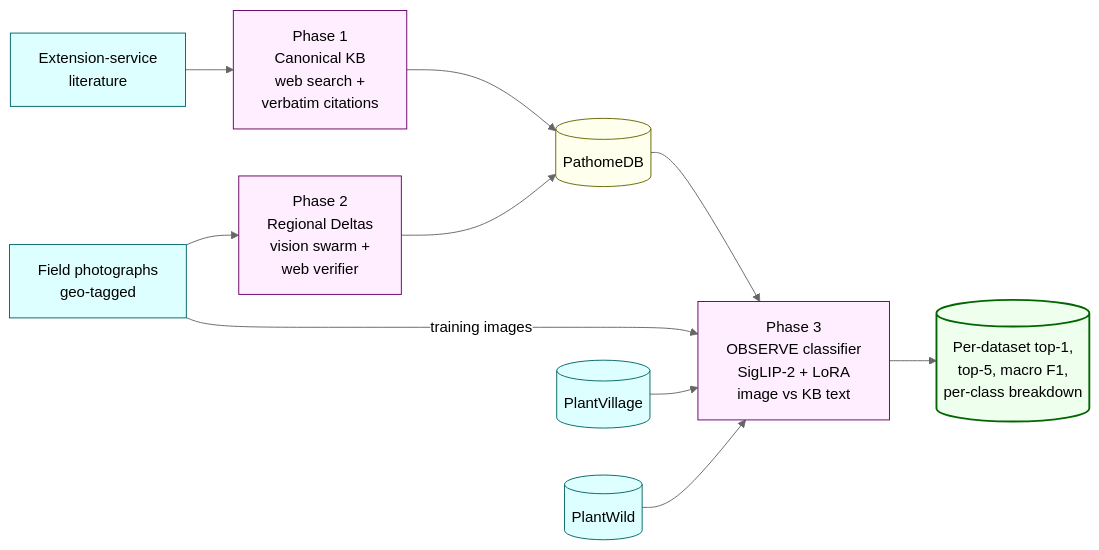
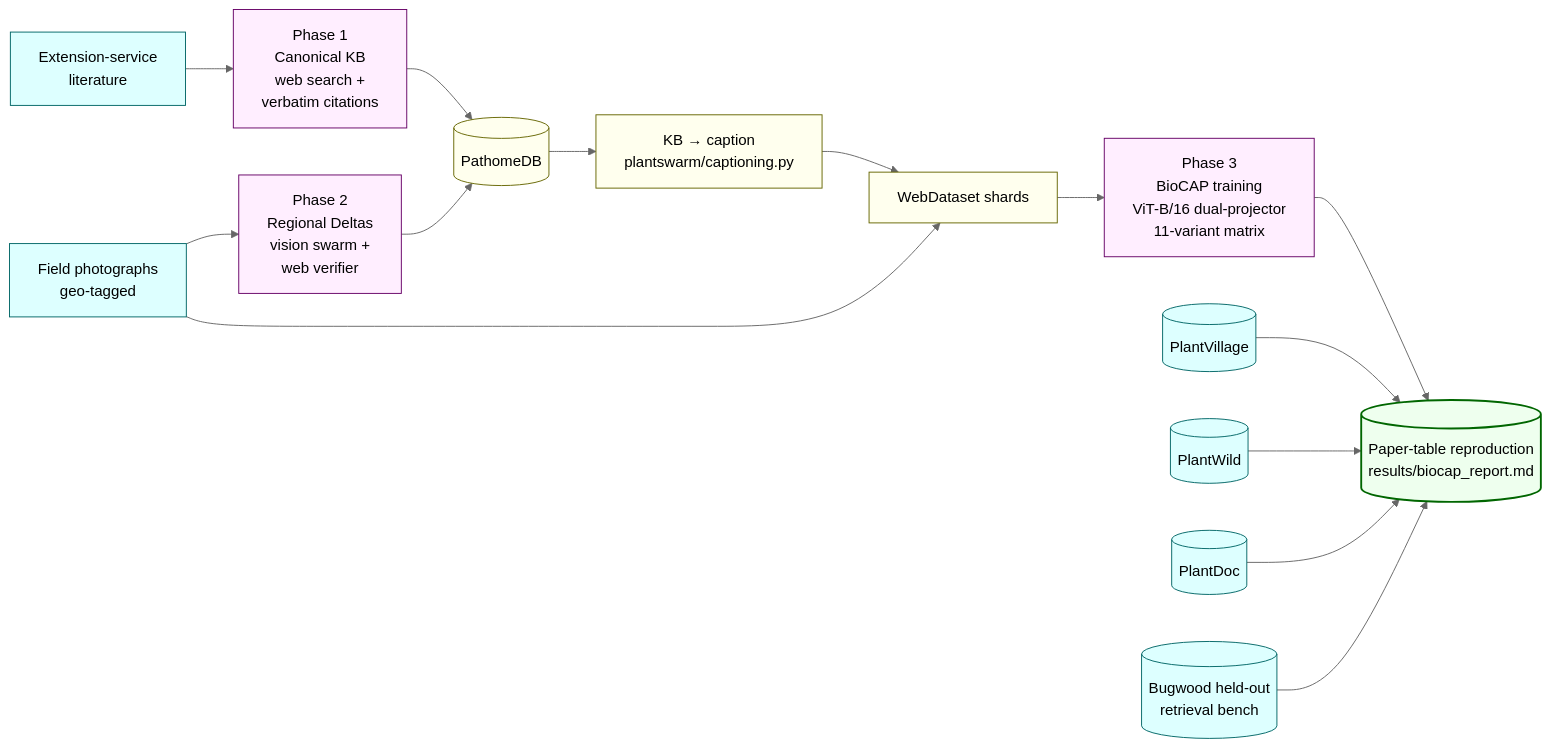
Before and after one commit to tirtho149/PRESAGE: the fourth of 4 diagrams in PIPELINE.md, drawn with Mermaid (neutral theme). The commit also changed other lines of this file and 224 other files, not shown here.

````diff
--- a/PIPELINE.md
+++ b/PIPELINE.md
@@ -649,30 +632,38 @@
 ```mermaid
 flowchart LR
     L[Extension-service<br/>literature]
     F[Field photographs<br/>geo-tagged]
     P1[Phase 1<br/>Canonical KB<br/>web search +<br/>verbatim citations]
     P2[Phase 2<br/>Regional Deltas<br/>vision swarm +<br/>web verifier]
     DB[(PathomeDB)]
-    P3[Phase 3<br/>OBSERVE classifier<br/>SigLIP-2 + LoRA<br/>image vs KB text]
+    CAP[KB → caption<br/>plantswarm/captioning.py]
+    SH[WebDataset shards]
+    P3[Phase 3<br/>BioCAP training<br/>ViT-B/16 dual-projector<br/>11-variant matrix]
     PV[(PlantVillage)]
     PW[(PlantWild)]
-    OUT[(Per-dataset top-1,<br/>top-5, macro F1,<br/>per-class breakdown)]
+    PD[(PlantDoc)]
+    HO[(Bugwood held-out<br/>retrieval bench)]
+    OUT[(Paper-table reproduction<br/>results/biocap_report.md)]
 
     L --> P1 --> DB
     F --> P2 --> DB
-    DB --> P3
-    F -- training images --> P3
+    DB --> CAP
+    F --> SH
+    CAP --> SH
+    SH --> P3
     P3 --> OUT
-    PV --> P3
-    PW --> P3
+    PV --> OUT
+    PW --> OUT
+    PD --> OUT
+    HO --> OUT
 
     classDef src fill:#dff,stroke:#066
     classDef stage fill:#fef,stroke:#606
     classDef kb fill:#ffe,stroke:#660
     classDef eval fill:#fde,stroke:#a06
     classDef out fill:#efe,stroke:#060,stroke-width:2px
-    class L,F,PV,PW src
+    class L,F,PV,PW,PD,HO src
     class P1,P2,P3 stage
-    class DB kb
+    class DB,CAP,SH kb
     class OUT out
 ```
````
